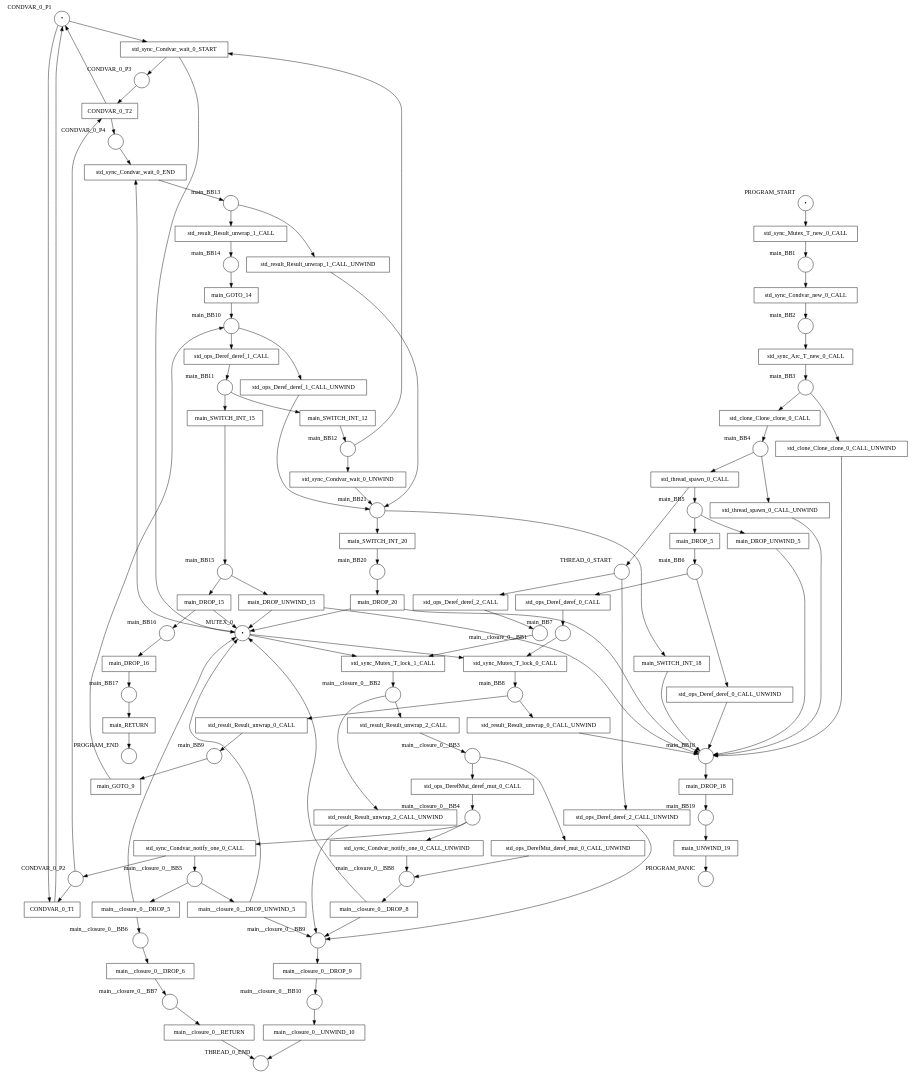
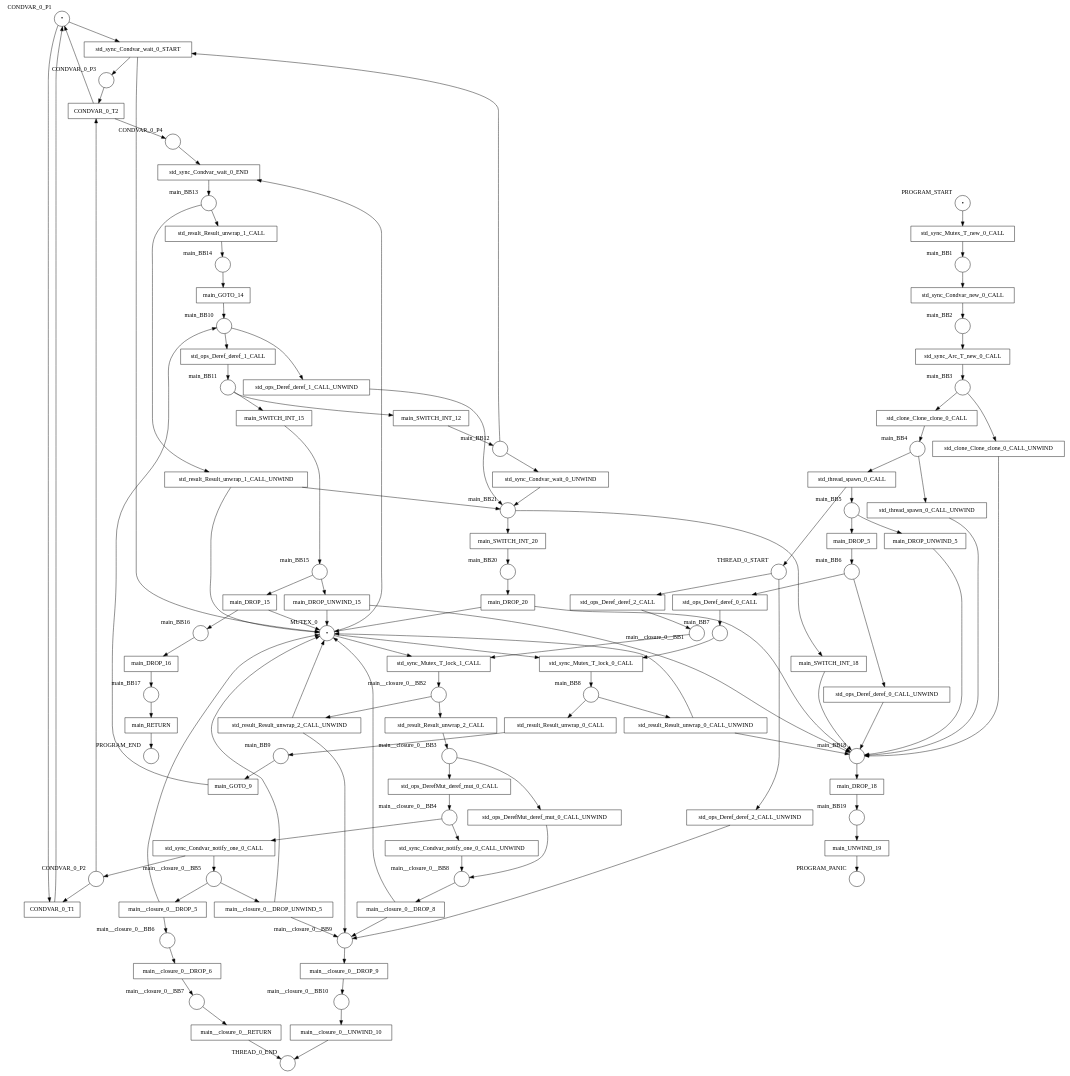
One commit to hlisdero/cargo-check-deadlock changed the diagram in examples/results/condvar/two_threads_sharing_condvar/net.dot. Above: the diagram before and after it, drawn with Graphviz. The commit also changed 7 other files, not shown here.

First line of the commit message:
Architectural change: Drop the mutex if an unwind() called on the result of a mutex lock fails

```diff
--- a/examples/results/condvar/two_threads_sharing_condvar/net.dot
+++ b/examples/results/condvar/two_threads_sharing_condvar/net.dot
@@ -192,10 +192,13 @@
     std_ops_Deref_deref_2_CALL -> main__closure_0__BB1;
     std_ops_Deref_deref_2_CALL_UNWIND -> main__closure_0__BB9;
     std_result_Result_unwrap_0_CALL -> main_BB9;
+    std_result_Result_unwrap_0_CALL_UNWIND -> MUTEX_0;
     std_result_Result_unwrap_0_CALL_UNWIND -> main_BB18;
     std_result_Result_unwrap_1_CALL -> main_BB14;
+    std_result_Result_unwrap_1_CALL_UNWIND -> MUTEX_0;
     std_result_Result_unwrap_1_CALL_UNWIND -> main_BB21;
     std_result_Result_unwrap_2_CALL -> main__closure_0__BB3;
+    std_result_Result_unwrap_2_CALL_UNWIND -> MUTEX_0;
     std_result_Result_unwrap_2_CALL_UNWIND -> main__closure_0__BB9;
     std_sync_Arc_T_new_0_CALL -> main_BB3;
     std_sync_Condvar_new_0_CALL -> main_BB2;
```
